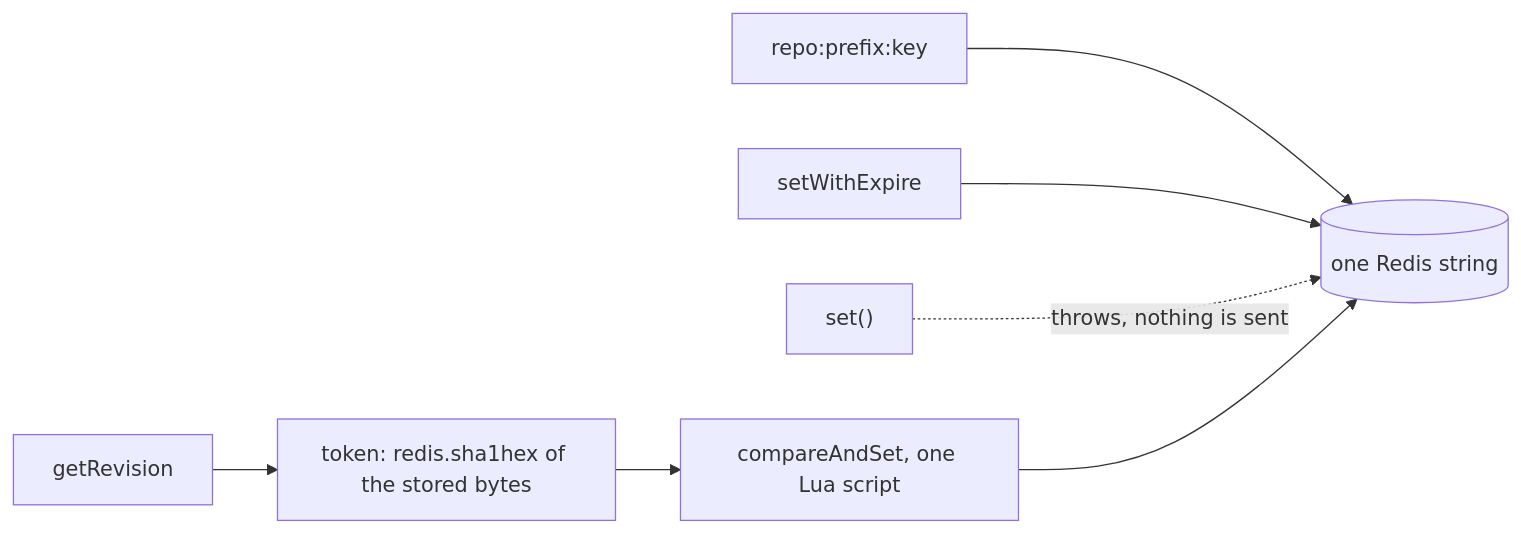
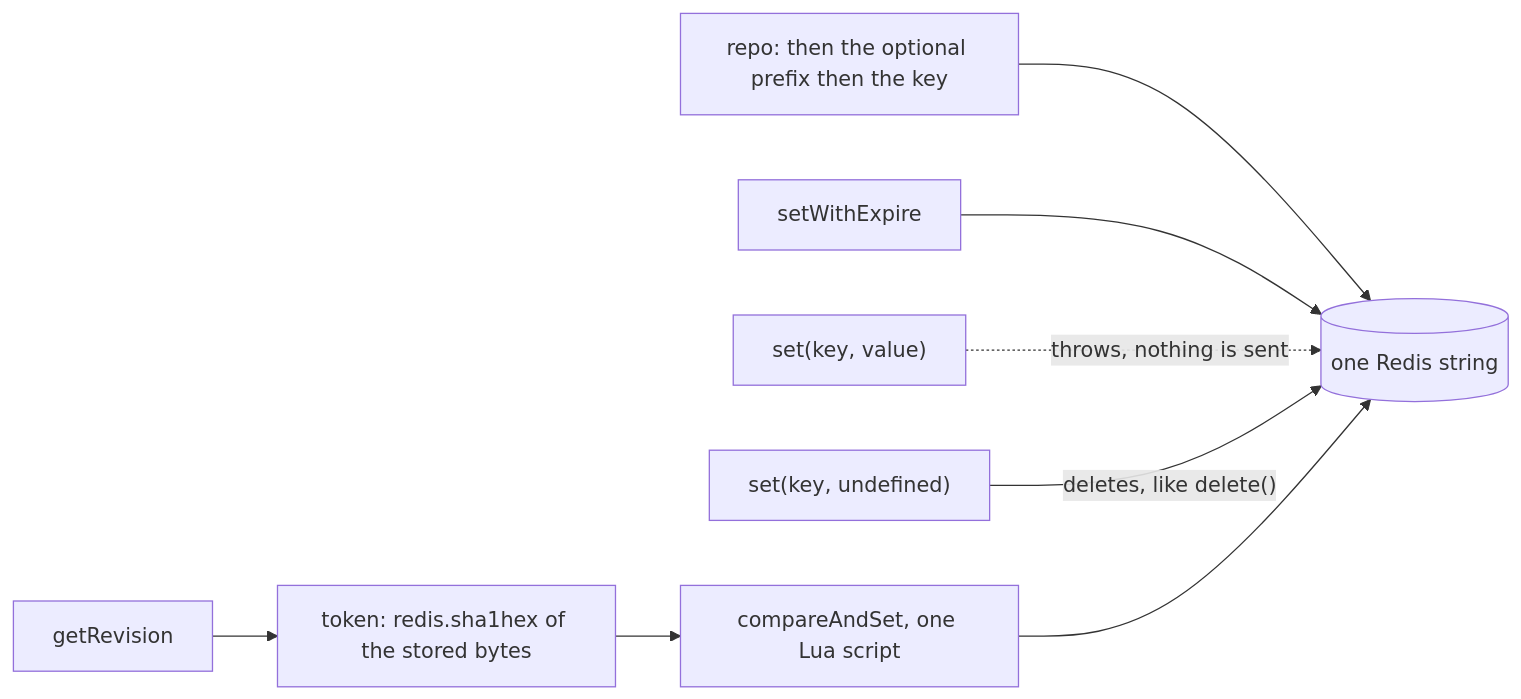
Before and after one commit to yingyeothon/tslib: the diagram in packages/repository-redis/README.md, drawn with Mermaid. The commit also changed 27 other files, not shown here.

````diff
--- a/packages/repository-redis/README.md
+++ b/packages/repository-redis/README.md
@@ -7,9 +7,10 @@
 ```mermaid
 flowchart LR
-  K["repo:prefix:key"] --> V[("one Redis string")]
+  K["repo: then the optional prefix then the key"] --> V[("one Redis string")]
   SW["setWithExpire"] --> V
-  S["set()"] -.->|"throws, nothing is sent"| V
+  S["set(key, value)"] -.->|"throws, nothing is sent"| V
+  D["set(key, undefined)"] -->|"deletes, like delete()"| V
   GR["getRevision"] --> T["token: redis.sha1hex of the stored bytes"]
   T --> CAS["compareAndSet, one Lua script"]
   CAS --> V
 ```
````
